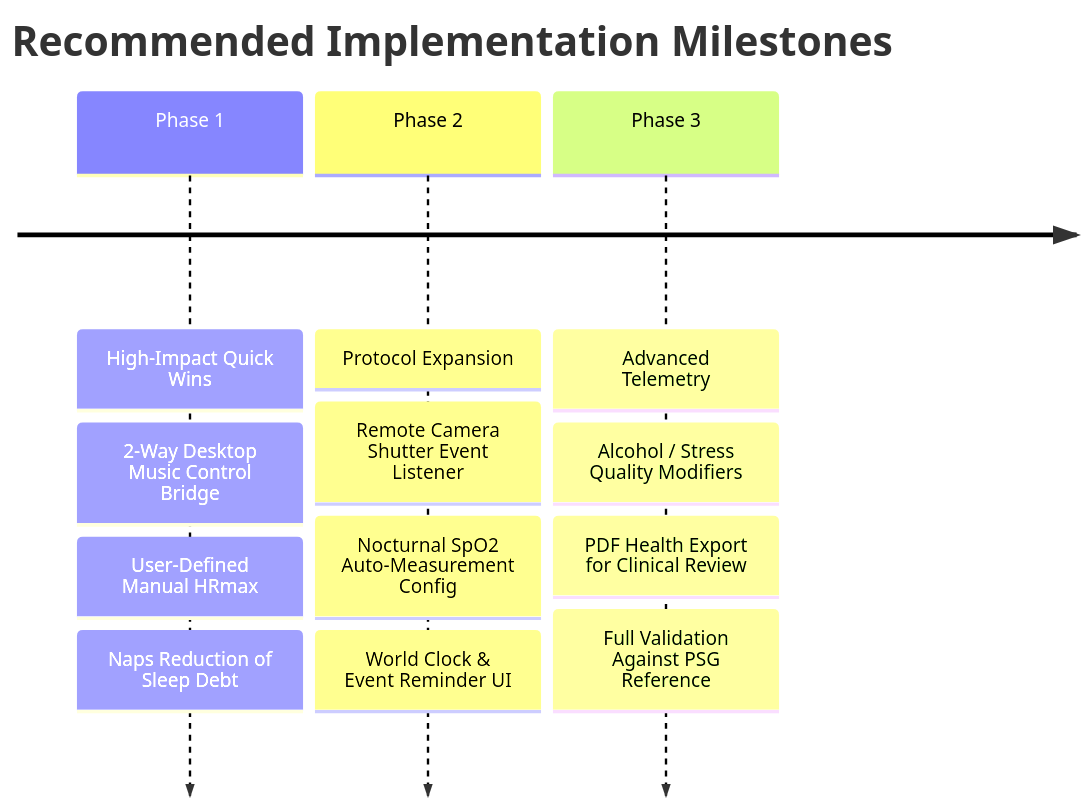
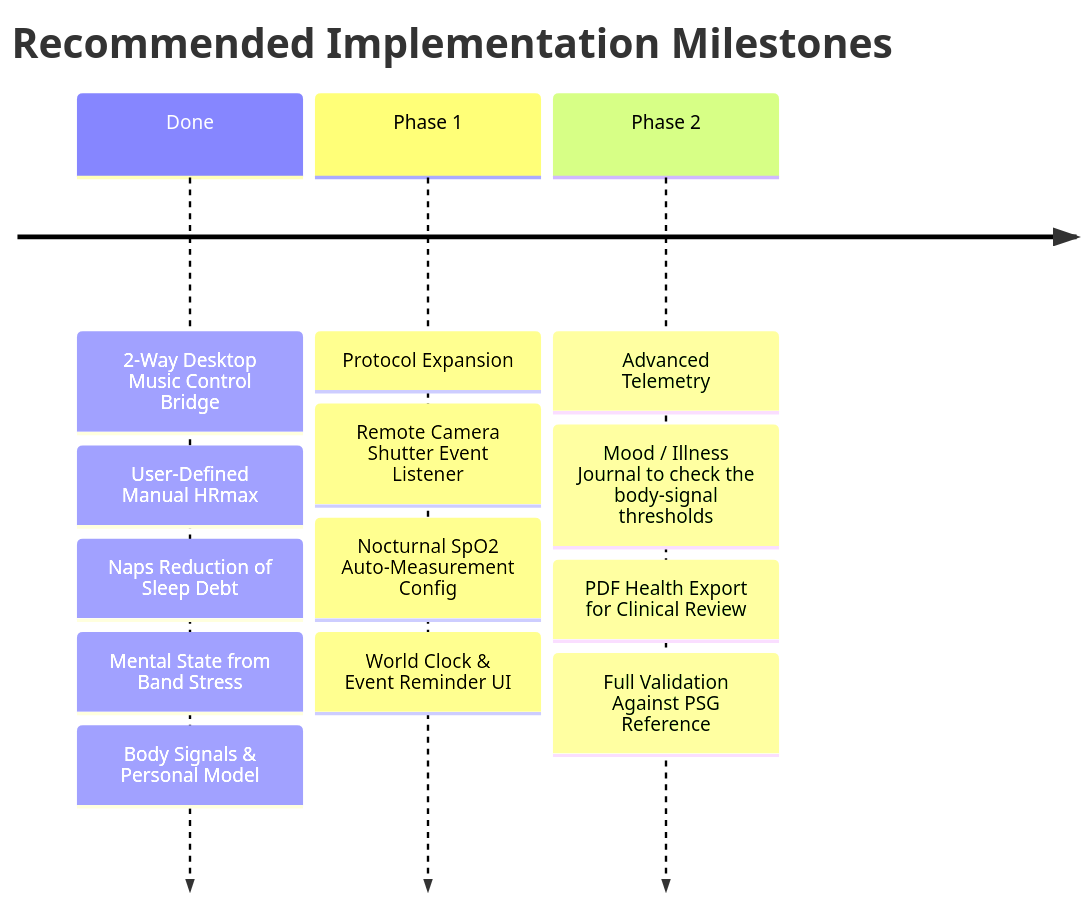
Before and after one commit to nhatanhpico/MiBand6: the third of 3 diagrams in EVALUATION.md, drawn with Mermaid. The commit also changed other lines of this file and 5 other files, not shown here.

First line of the commit message:
docs: update all docs for the mental state fix, body signals and personal model

````diff
--- a/EVALUATION.md
+++ b/EVALUATION.md
@@ -188,7 +229,7 @@
 ```mermaid
 timeline
     title Recommended Implementation Milestones
-    Phase 1 : High-Impact Quick Wins : 2-Way Desktop Music Control Bridge : User-Defined Manual HRmax : Naps Reduction of Sleep Debt
-    Phase 2 : Protocol Expansion : Remote Camera Shutter Event Listener : Nocturnal SpO2 Auto-Measurement Config : World Clock & Event Reminder UI
-    Phase 3 : Advanced Telemetry : Alcohol / Stress Quality Modifiers : PDF Health Export for Clinical Review : Full Validation Against PSG Reference
+    Done : 2-Way Desktop Music Control Bridge : User-Defined Manual HRmax : Naps Reduction of Sleep Debt : Mental State from Band Stress : Body Signals & Personal Model
+    Phase 1 : Protocol Expansion : Remote Camera Shutter Event Listener : Nocturnal SpO2 Auto-Measurement Config : World Clock & Event Reminder UI
+    Phase 2 : Advanced Telemetry : Mood / Illness Journal to check the body-signal thresholds : PDF Health Export for Clinical Review : Full Validation Against PSG Reference
 ```
````
